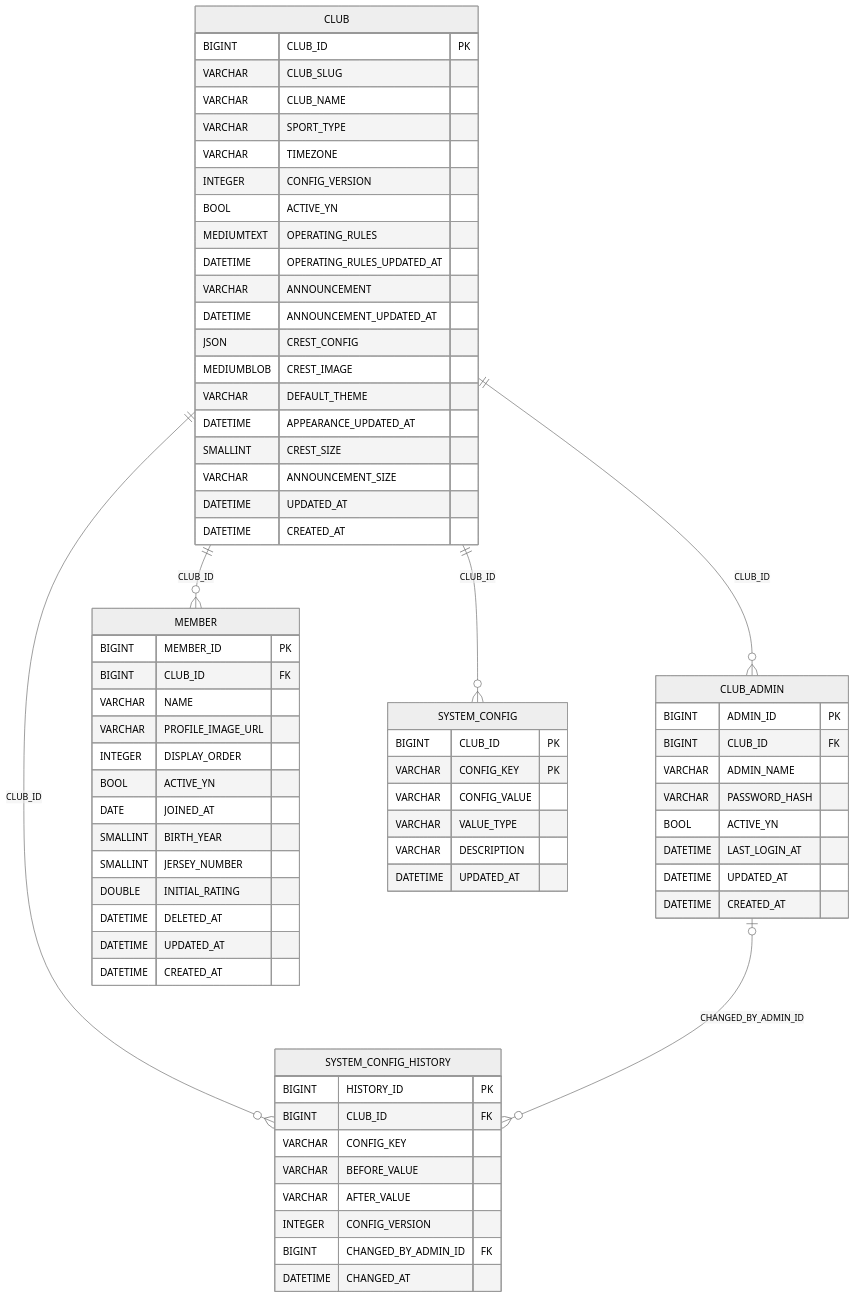
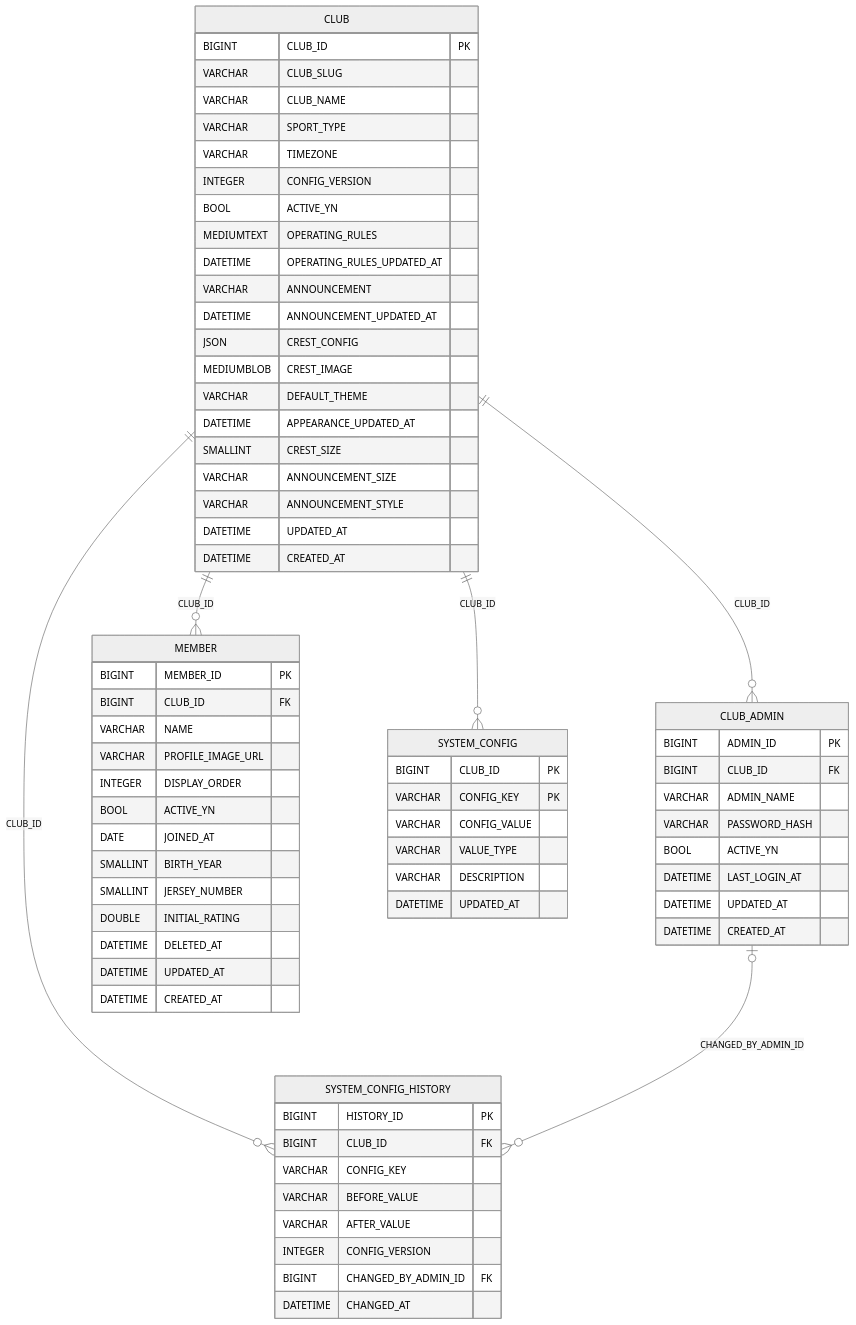
The first of 5 diagrams in docs/ERD.md (preferJ/clubwire), drawn with Mermaid (neutral theme) before and after one commit. The commit also changed other lines of this file and 41 other files, not shown here.

````diff
--- a/docs/ERD.md
+++ b/docs/ERD.md
@@ -7,72 +7,73 @@
 ```mermaid
 erDiagram
     CLUB {
         BIGINT CLUB_ID PK
         VARCHAR CLUB_SLUG
         VARCHAR CLUB_NAME
         VARCHAR SPORT_TYPE
         VARCHAR TIMEZONE
         INTEGER CONFIG_VERSION
         BOOL ACTIVE_YN
         MEDIUMTEXT OPERATING_RULES
         DATETIME OPERATING_RULES_UPDATED_AT
         VARCHAR ANNOUNCEMENT
         DATETIME ANNOUNCEMENT_UPDATED_AT
         JSON CREST_CONFIG
         MEDIUMBLOB CREST_IMAGE
         VARCHAR DEFAULT_THEME
         DATETIME APPEARANCE_UPDATED_AT
         SMALLINT CREST_SIZE
         VARCHAR ANNOUNCEMENT_SIZE
+        VARCHAR ANNOUNCEMENT_STYLE
         DATETIME UPDATED_AT
         DATETIME CREATED_AT
     }
     CLUB_ADMIN {
         BIGINT ADMIN_ID PK
         BIGINT CLUB_ID FK
         VARCHAR ADMIN_NAME
         VARCHAR PASSWORD_HASH
         BOOL ACTIVE_YN
         DATETIME LAST_LOGIN_AT
         DATETIME UPDATED_AT
         DATETIME CREATED_AT
     }
     MEMBER {
         BIGINT MEMBER_ID PK
         BIGINT CLUB_ID FK
         VARCHAR NAME
         VARCHAR PROFILE_IMAGE_URL
         INTEGER DISPLAY_ORDER
         BOOL ACTIVE_YN
         DATE JOINED_AT
         SMALLINT BIRTH_YEAR
         SMALLINT JERSEY_NUMBER
         DOUBLE INITIAL_RATING
         DATETIME DELETED_AT
         DATETIME UPDATED_AT
         DATETIME CREATED_AT
     }
     SYSTEM_CONFIG {
         BIGINT CLUB_ID PK
         VARCHAR CONFIG_KEY PK
         VARCHAR CONFIG_VALUE
         VARCHAR VALUE_TYPE
         VARCHAR DESCRIPTION
         DATETIME UPDATED_AT
     }
     SYSTEM_CONFIG_HISTORY {
         BIGINT HISTORY_ID PK
         BIGINT CLUB_ID FK
         VARCHAR CONFIG_KEY
         VARCHAR BEFORE_VALUE
         VARCHAR AFTER_VALUE
         INTEGER CONFIG_VERSION
         BIGINT CHANGED_BY_ADMIN_ID FK
         DATETIME CHANGED_AT
     }
     CLUB ||--o{ CLUB_ADMIN : "CLUB_ID"
     CLUB ||--o{ MEMBER : "CLUB_ID"
     CLUB ||--o{ SYSTEM_CONFIG : "CLUB_ID"
     CLUB ||--o{ SYSTEM_CONFIG_HISTORY : "CLUB_ID"
     CLUB_ADMIN |o--o{ SYSTEM_CONFIG_HISTORY : "CHANGED_BY_ADMIN_ID"
 ```
````
